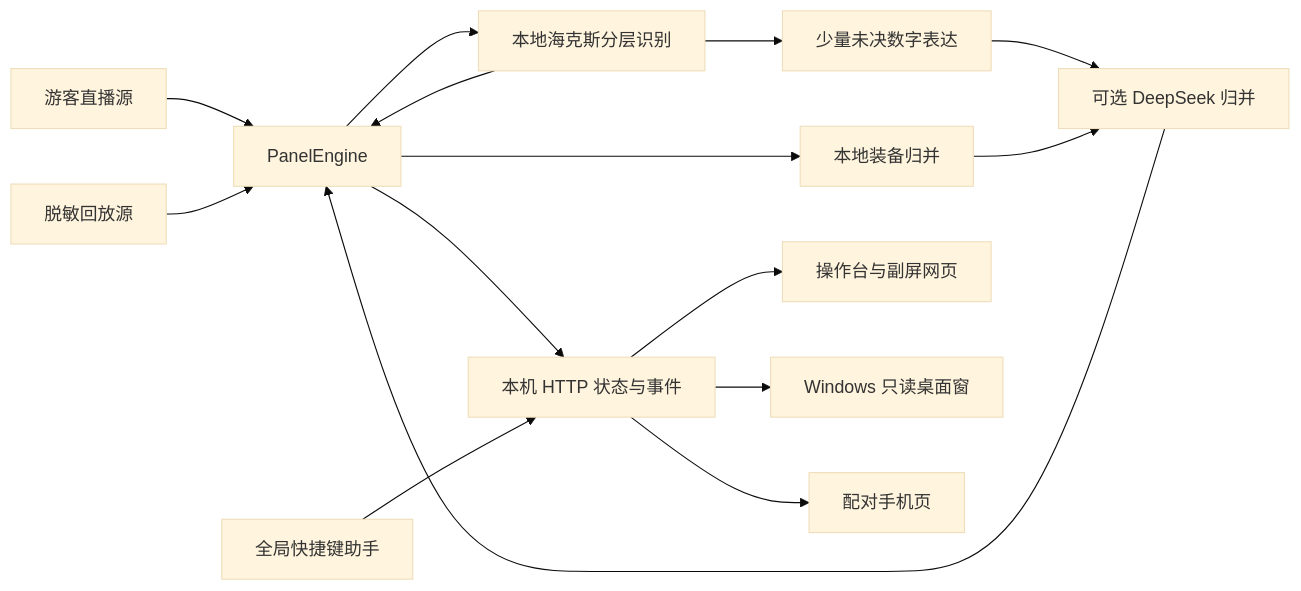
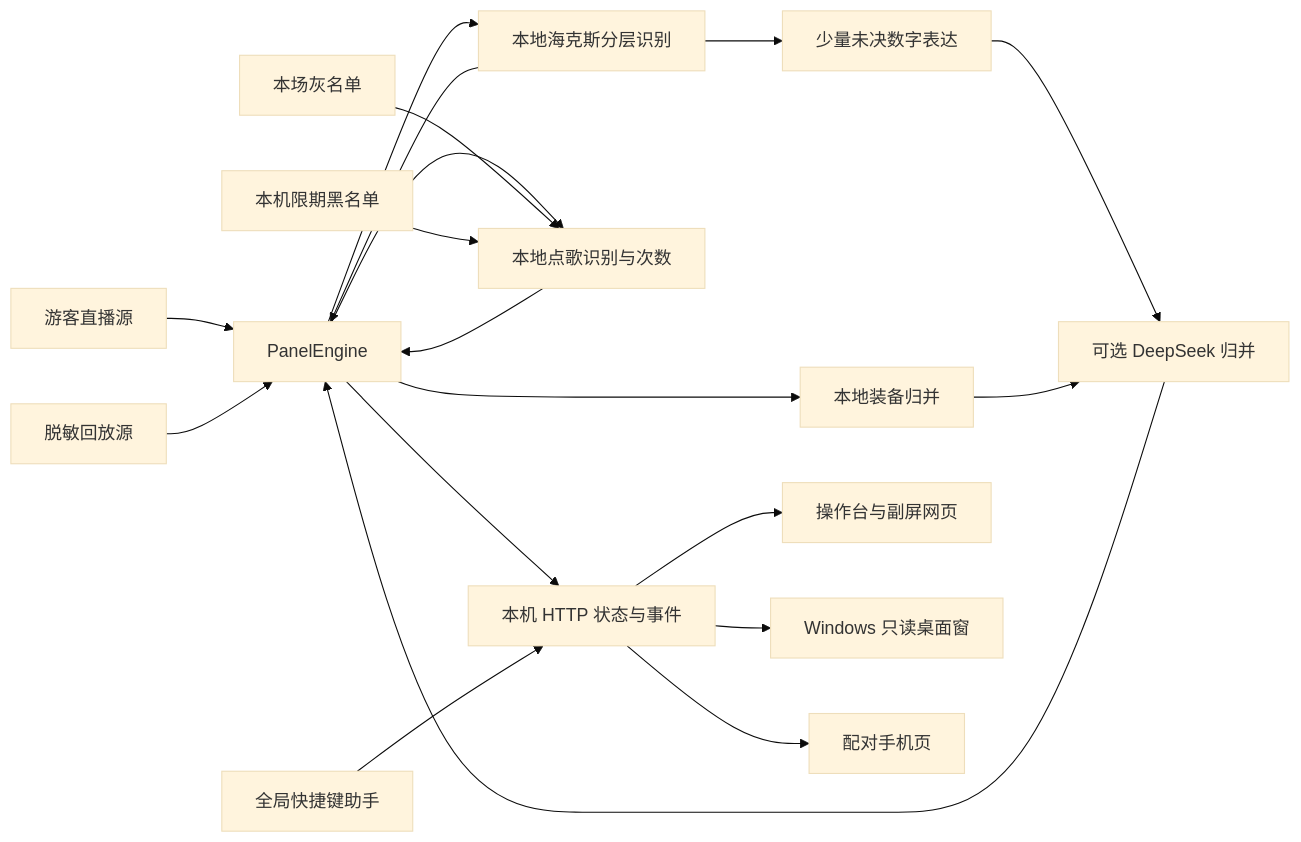
Before and after one commit to Pardorfelis/AzusaHexPick: the diagram in docs/architecture.md, drawn with Mermaid (base theme). The commit also changed other lines of this file and 36 other files, not shown here.

```diff
--- a/docs/architecture.md
+++ b/docs/architecture.md
@@ -3,17 +3,21 @@
 ~~~mermaid
 flowchart LR
   A[游客直播源] --> E[PanelEngine]
   B[脱敏回放源] --> E
   E --> C[本地装备归并]
   E --> K[本地海克斯分层识别]
+  E --> S[本地点歌识别与次数]
+  S --> E
+  SG[本场灰名单] --> S
+  SB[本机限期黑名单] --> S
   K --> E
   K --> L[少量未决数字表达]
   L --> D
   C --> D[可选 DeepSeek 归并]
   D --> E
   E --> F[本机 HTTP 状态与事件]
   F --> G[操作台与副屏网页]
   F --> H[Windows 只读桌面窗]
   F --> I[配对手机页]
   J[全局快捷键助手] --> F
 ~~~
```
